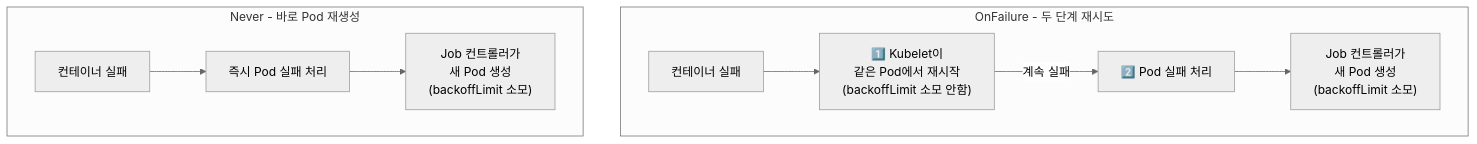
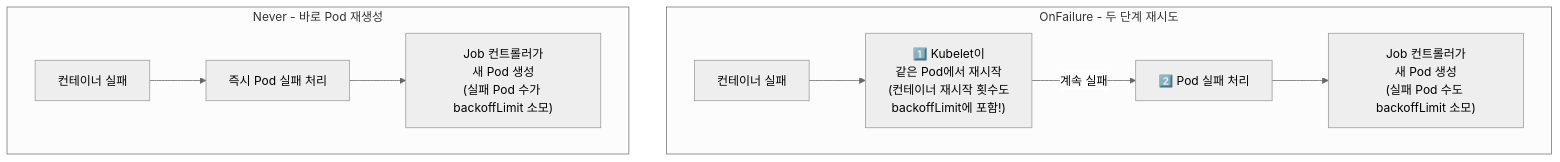
Before and after one commit to sskim91/TIL: the ninth of 21 diagrams in kubernetes/Kubernetes-DaemonSet-Job-CronJob.md, drawn with Mermaid (neutral theme). The commit also changed other lines of this file and 9 other files, not shown here.

````diff
--- a/kubernetes/Kubernetes-DaemonSet-Job-CronJob.md
+++ b/kubernetes/Kubernetes-DaemonSet-Job-CronJob.md
@@ -456,13 +469,13 @@
 ```mermaid
 flowchart TB
     subgraph "OnFailure - 두 단계 재시도"
-        OF1[컨테이너 실패] --> OF2["1️⃣ Kubelet이<br>같은 Pod에서 재시작<br>(backoffLimit 소모 안함)"]
+        OF1[컨테이너 실패] --> OF2["1️⃣ Kubelet이<br>같은 Pod에서 재시작<br>(컨테이너 재시작 횟수도<br>backoffLimit에 포함!)"]
         OF2 -->|"계속 실패"| OF3["2️⃣ Pod 실패 처리"]
-        OF3 --> OF4["Job 컨트롤러가<br>새 Pod 생성<br>(backoffLimit 소모)"]
+        OF3 --> OF4["Job 컨트롤러가<br>새 Pod 생성<br>(실패 Pod 수도 backoffLimit 소모)"]
     end
 
     subgraph "Never - 바로 Pod 재생성"
         NV1[컨테이너 실패] --> NV2["즉시 Pod 실패 처리"]
-        NV2 --> NV3["Job 컨트롤러가<br>새 Pod 생성<br>(backoffLimit 소모)"]
+        NV2 --> NV3["Job 컨트롤러가<br>새 Pod 생성<br>(실패 Pod 수가 backoffLimit 소모)"]
     end
 ```
````
